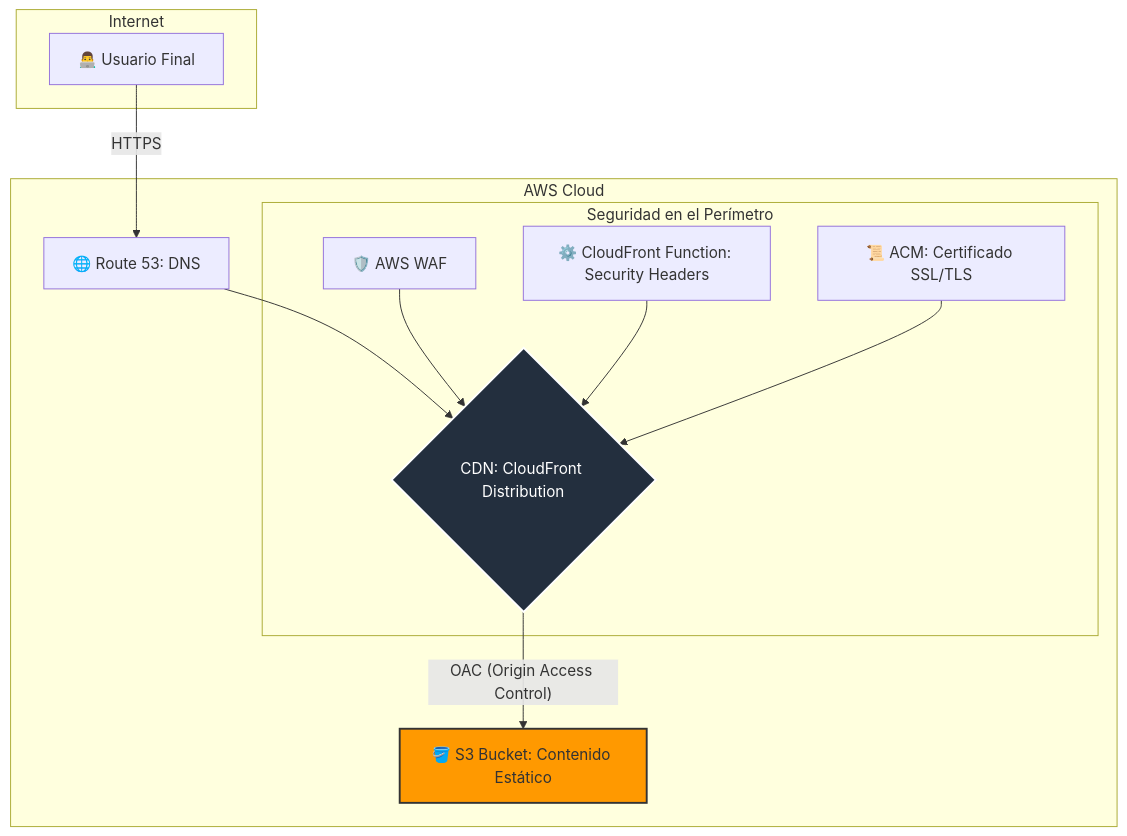
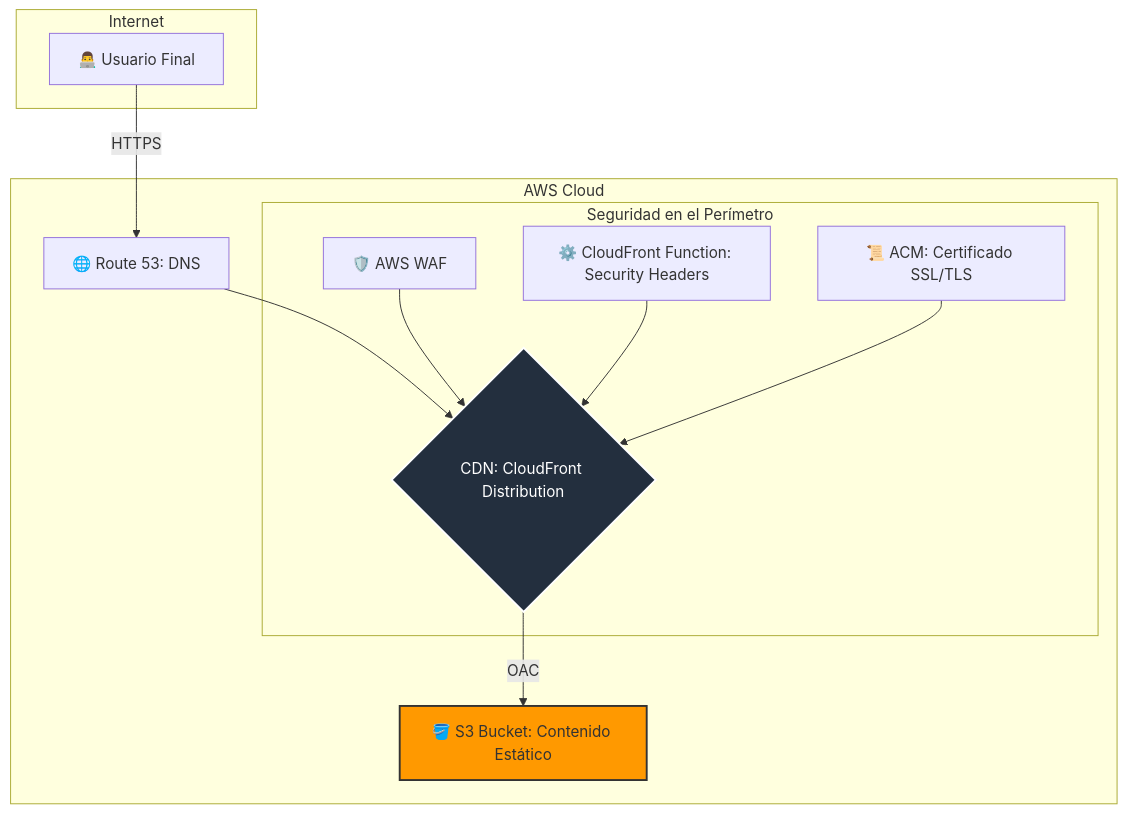
The first of 2 diagrams in README.md (jgaragorry/aws-serverless-secure-website-workshop), drawn with Mermaid before and after one commit. The commit also changed other lines of this file, not shown here.

````diff
--- a/README.md
+++ b/README.md
@@ -58,21 +58,21 @@
 ```mermaid
 graph TD
     subgraph "Internet"
         A[👨‍💻 Usuario Final]
     end
 
     subgraph "AWS Cloud"
-        B[🌐 Route 53: DNS] --> C{CDN: CloudFront Distribution};
+        B[🌐 Route 53: DNS] --> C{CDN: CloudFront Distribution}
         subgraph "Seguridad en el Perímetro"
-          E[🛡️ AWS WAF] --> C;
-          F[⚙️ CloudFront Function: Security Headers] --> C;
-          G[📜 ACM: Certificado SSL/TLS] --> C;
+          E[🛡️ AWS WAF] --> C
+          F[⚙️ CloudFront Function: Security Headers] --> C
+          G[📜 ACM: Certificado SSL/TLS] --> C
         end
-        C -- OAC (Origin Access Control) --> D[🪣 S3 Bucket: Contenido Estático];
+        C -- OAC --> D[🪣 S3 Bucket: Contenido Estático]
     end
 
-    A -- HTTPS --> B;
+    A -- HTTPS --> B
 
     style D fill:#FF9900,stroke:#333,stroke-width:2px
     style C fill:#232F3E,stroke:#fff,stroke-width:2px,color:#fff
 ```
````
